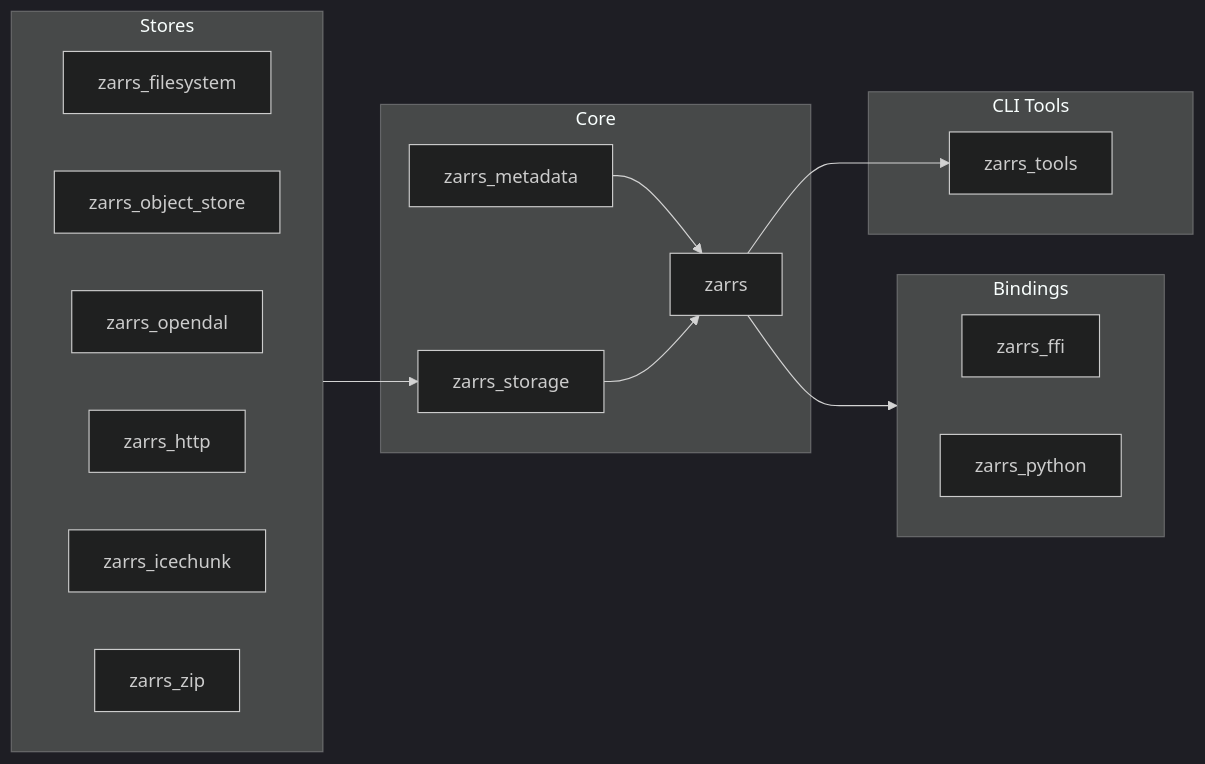
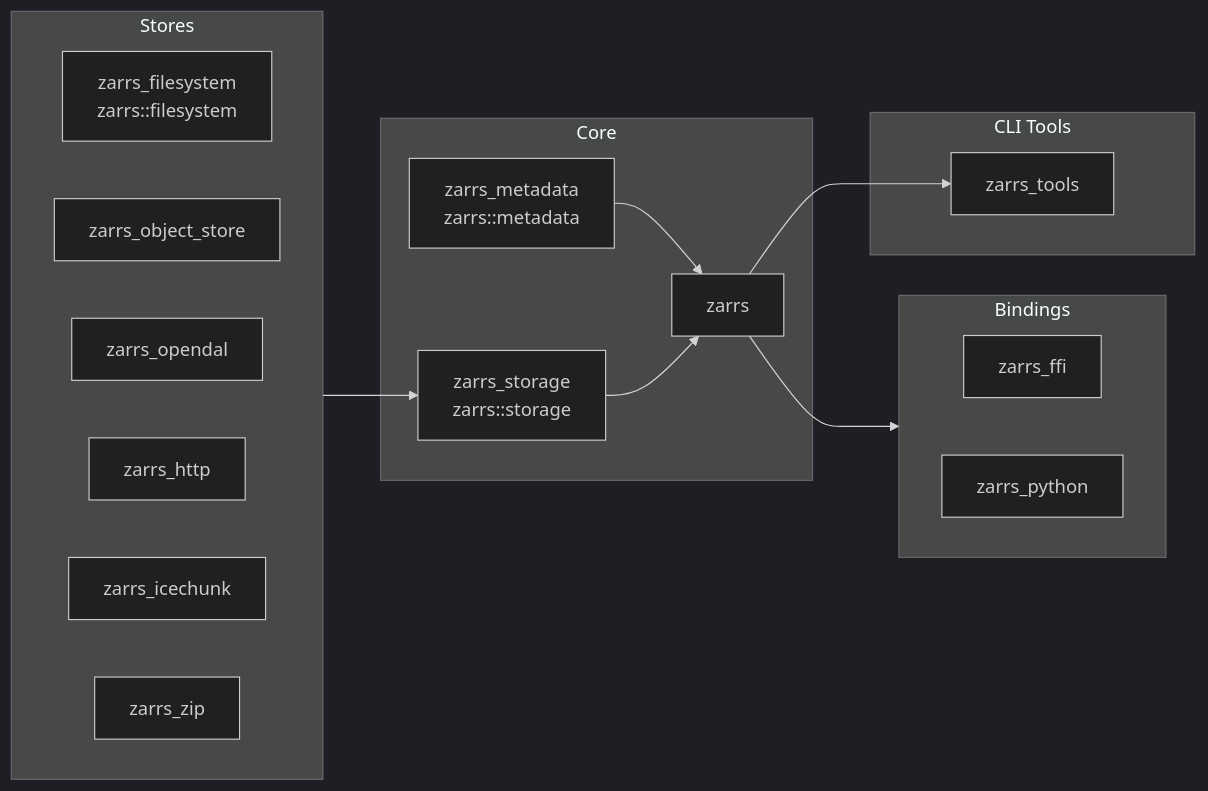
The diagram in src/crates.md (zarrs/zarrs_book), drawn with Mermaid (dark theme) before and after one commit.

Commit message:
Show exports in crates graph

````diff
--- a/src/crates.md
+++ b/src/crates.md
@@ -3,26 +3,26 @@
 ```mermaid
 graph LR
     subgraph Core
-        zarrs_metadata --> zarrs
-        zarrs_storage --> zarrs
+        zarrs_metadata[zarrs_metadata <br> zarrs::metadata] --> zarrs
+        zarrs_storage[zarrs_storage <br> zarrs::storage] --> zarrs
     end
     subgraph Stores
         direction LR
-        zarrs_filesystem
+        zarrs_filesystem[zarrs_filesystem <br> zarrs::filesystem]
         zarrs_object_store
         zarrs_opendal
         zarrs_http
         zarrs_icechunk
         zarrs_zip
     end
     Stores --> zarrs_storage
     subgraph Bindings
         direction LR
         zarrs_ffi
         zarrs_python
     end
     zarrs --> Bindings
     subgraph CLI Tools
     zarrs --> zarrs_tools
     end
 ```
````
